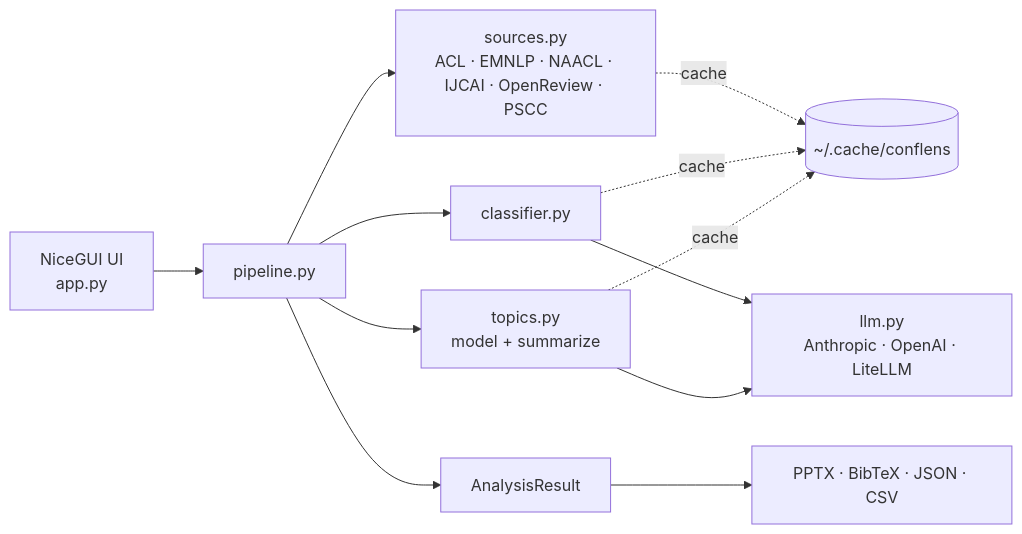
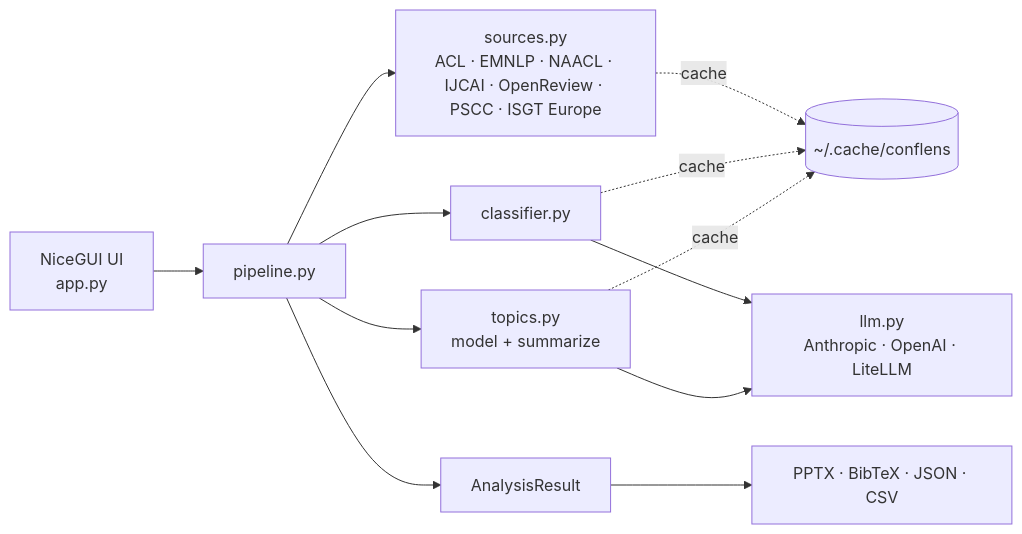
The diagram in README.md (picaultj/conflens), drawn with Mermaid before and after one commit. The commit also changed other lines of this file and 5 other files, not shown here.

````diff
--- a/README.md
+++ b/README.md
@@ -148,13 +151,13 @@
 ```mermaid
 flowchart LR
     UI["NiceGUI UI<br/>app.py"] --> PIPE["pipeline.py"]
-    PIPE --> SRC["sources.py<br/>ACL · EMNLP · NAACL · IJCAI · OpenReview · PSCC"]
+    PIPE --> SRC["sources.py<br/>ACL · EMNLP · NAACL · IJCAI · OpenReview · PSCC · ISGT Europe"]
     PIPE --> CLS["classifier.py"]
     PIPE --> TOP["topics.py<br/>model + summarize"]
     CLS --> LLM["llm.py<br/>Anthropic · OpenAI · LiteLLM"]
     TOP --> LLM
     PIPE --> RES["AnalysisResult"] --> EXP["PPTX · BibTeX · JSON · CSV"]
     SRC -. cache .-> CACHE[("~/.cache/conflens")]
     CLS -. cache .-> CACHE
     TOP -. cache .-> CACHE
 ```
````
